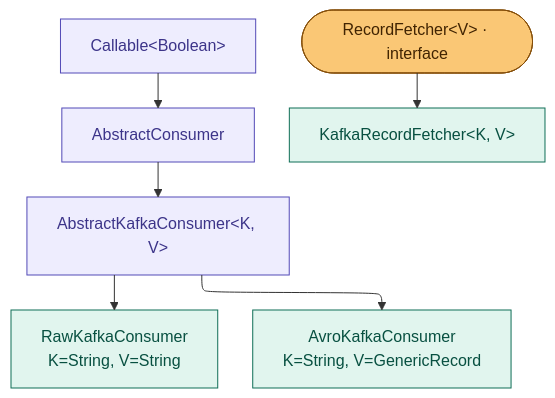
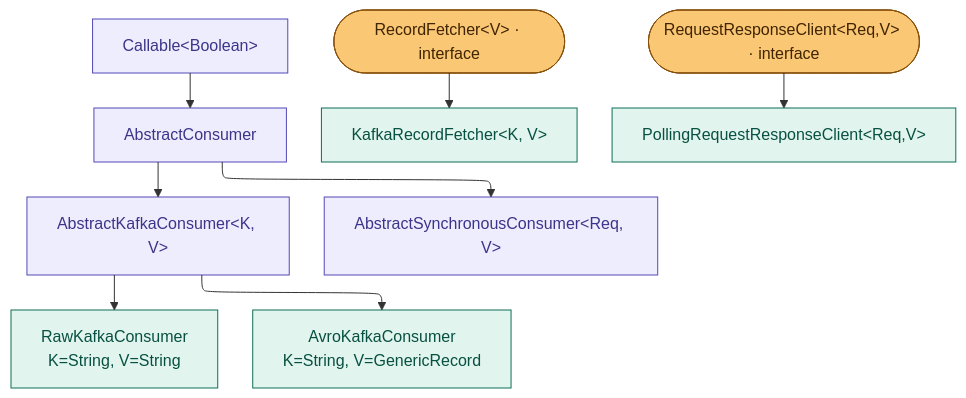
The second of 2 diagrams in docs/extend/architecture.mdx (ktestify/ktestify-doc), drawn with Mermaid before and after one commit. The commit also changed other lines of this file and 5 other files, not shown here.

````diff
--- a/docs/extend/architecture.mdx
+++ b/docs/extend/architecture.mdx
@@ -130,28 +180,34 @@
 ```mermaid
 ---
 config:
   layout: elk
 ---
 flowchart TD
     A["Callable&lt;Boolean&gt;"]
     B["AbstractConsumer"]
     C["AbstractKafkaConsumer&lt;K, V&gt;"]
     D["RawKafkaConsumer\nK=String, V=String"]
     E["AvroKafkaConsumer\nK=String, V=GenericRecord"]
+    C2["AbstractSynchronousConsumer&lt;Req, V&gt;"]
 
     A --> B --> C --> D
     C --> E
+    B --> C2
 
     F(["RecordFetcher&lt;V&gt; · interface"])
     G["KafkaRecordFetcher&lt;K, V&gt;"]
     F --> G
 
+    H(["RequestResponseClient&lt;Req,V&gt; · interface"])
+    I["PollingRequestResponseClient&lt;Req,V&gt;"]
+    H --> I
+
     classDef abstract fill:#EEEDFE,stroke:#534AB7,color:#3C3489
     classDef concrete fill:#E1F5EE,stroke:#0F6E56,color:#085041
     classDef iface fill:#FAC775,stroke:#854F0B,color:#412402
 
-    class A,B,C abstract
-    class D,E,G concrete
-    class F iface
+    class A,B,C,C2 abstract
+    class D,E,G,I concrete
+    class F,H iface
 
 ```
````
